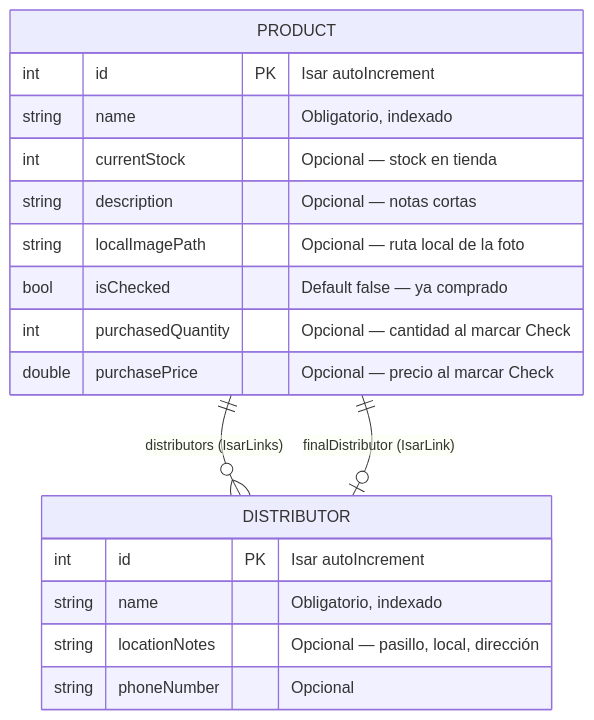
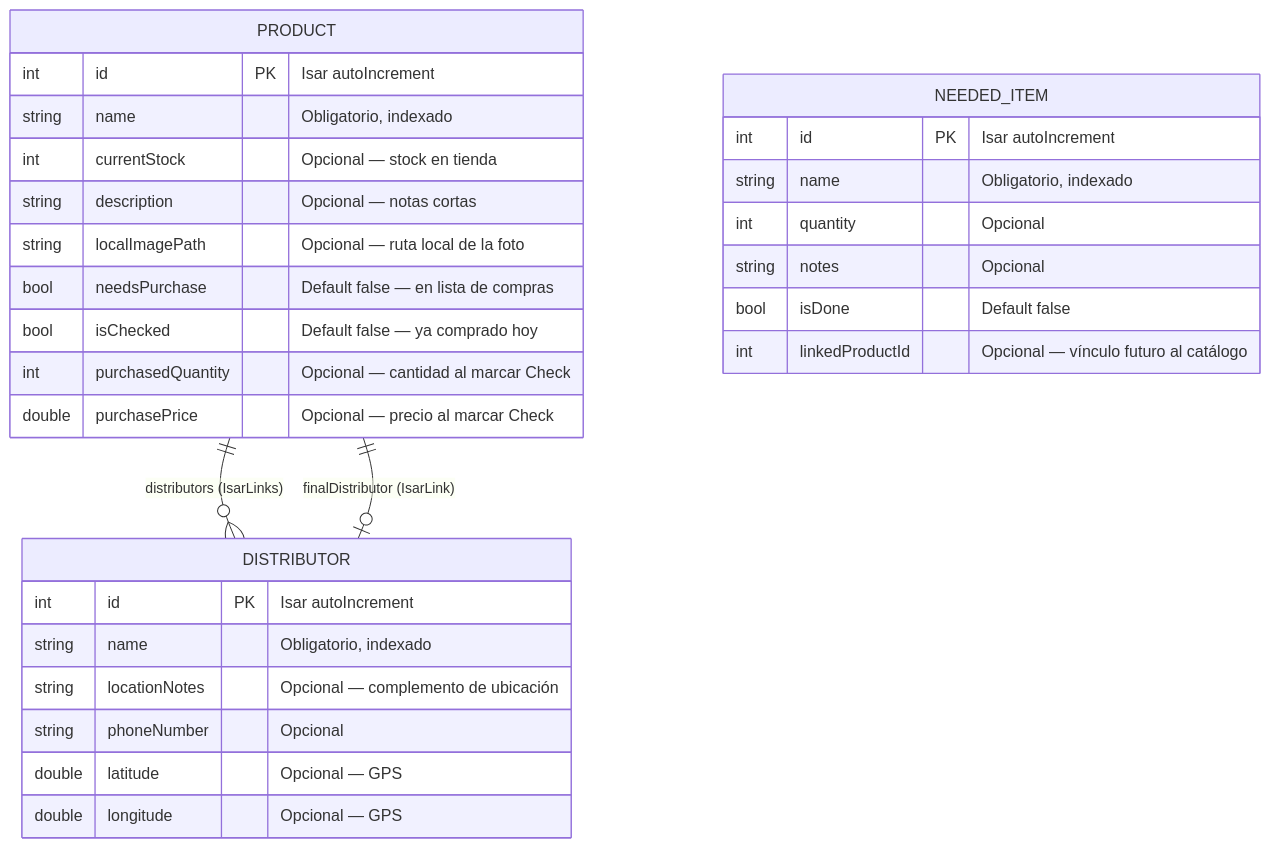
Before and after one commit to AxelJhostin/Listado_Axel: the first of 2 diagrams in README.md, drawn with Mermaid. The commit also changed other lines of this file and 25 other files, not shown here.

````diff
--- a/README.md
+++ b/README.md
@@ -61,23 +79,35 @@
 ```mermaid
 erDiagram
     DISTRIBUTOR {
         int id PK "Isar autoIncrement"
         string name "Obligatorio, indexado"
-        string locationNotes "Opcional — pasillo, local, dirección"
+        string locationNotes "Opcional — complemento de ubicación"
         string phoneNumber "Opcional"
+        double latitude "Opcional — GPS"
+        double longitude "Opcional — GPS"
     }
 
     PRODUCT {
         int id PK "Isar autoIncrement"
         string name "Obligatorio, indexado"
         int currentStock "Opcional — stock en tienda"
         string description "Opcional — notas cortas"
         string localImagePath "Opcional — ruta local de la foto"
-        bool isChecked "Default false — ya comprado"
+        bool needsPurchase "Default false — en lista de compras"
+        bool isChecked "Default false — ya comprado hoy"
         int purchasedQuantity "Opcional — cantidad al marcar Check"
         double purchasePrice "Opcional — precio al marcar Check"
+    }
+
+    NEEDED_ITEM {
+        int id PK "Isar autoIncrement"
+        string name "Obligatorio, indexado"
+        int quantity "Opcional"
+        string notes "Opcional"
+        bool isDone "Default false"
+        int linkedProductId "Opcional — vínculo futuro al catálogo"
     }
 
     PRODUCT ||--o{ DISTRIBUTOR : "distributors (IsarLinks)"
     PRODUCT ||--o| DISTRIBUTOR : "finalDistributor (IsarLink)"
 ```
````
